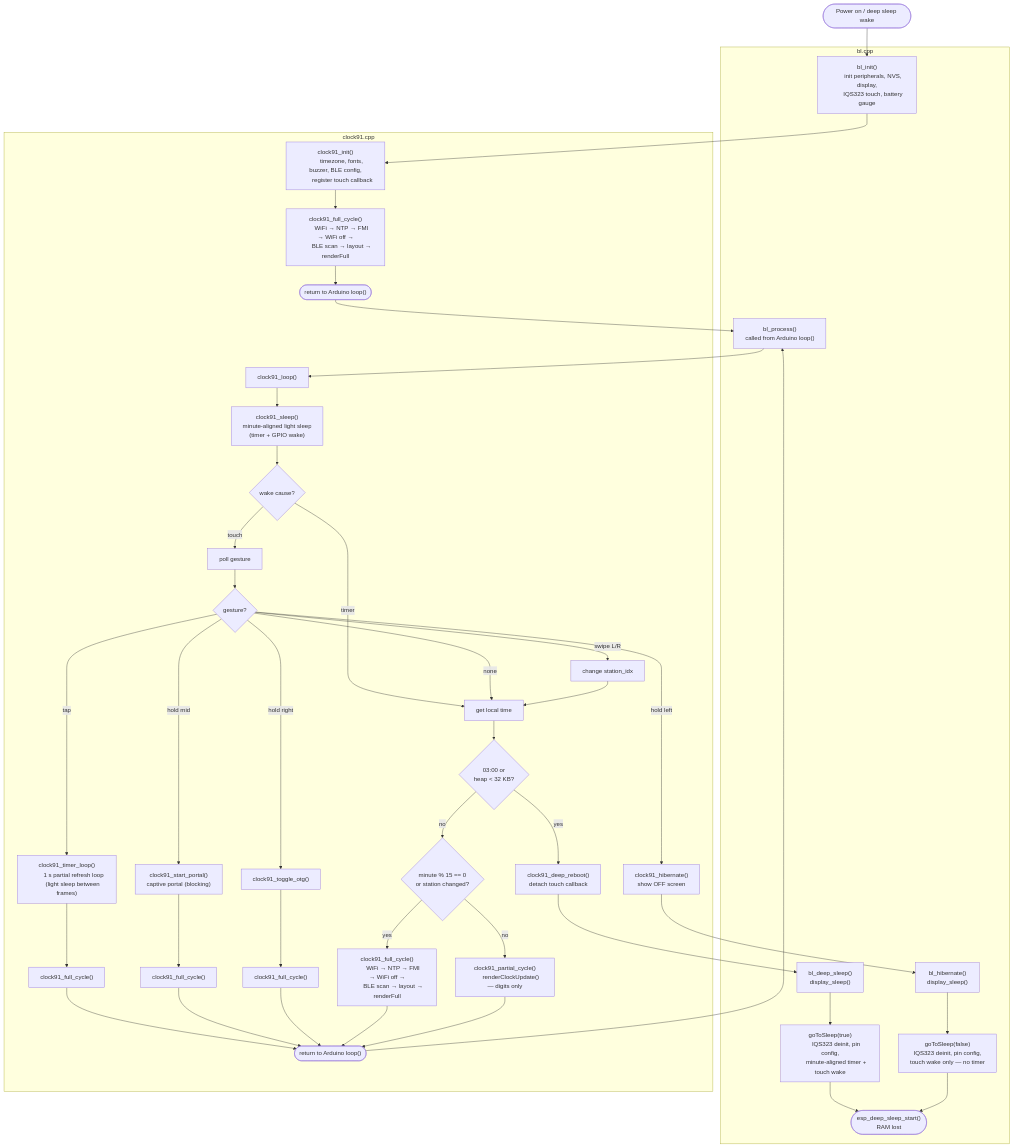
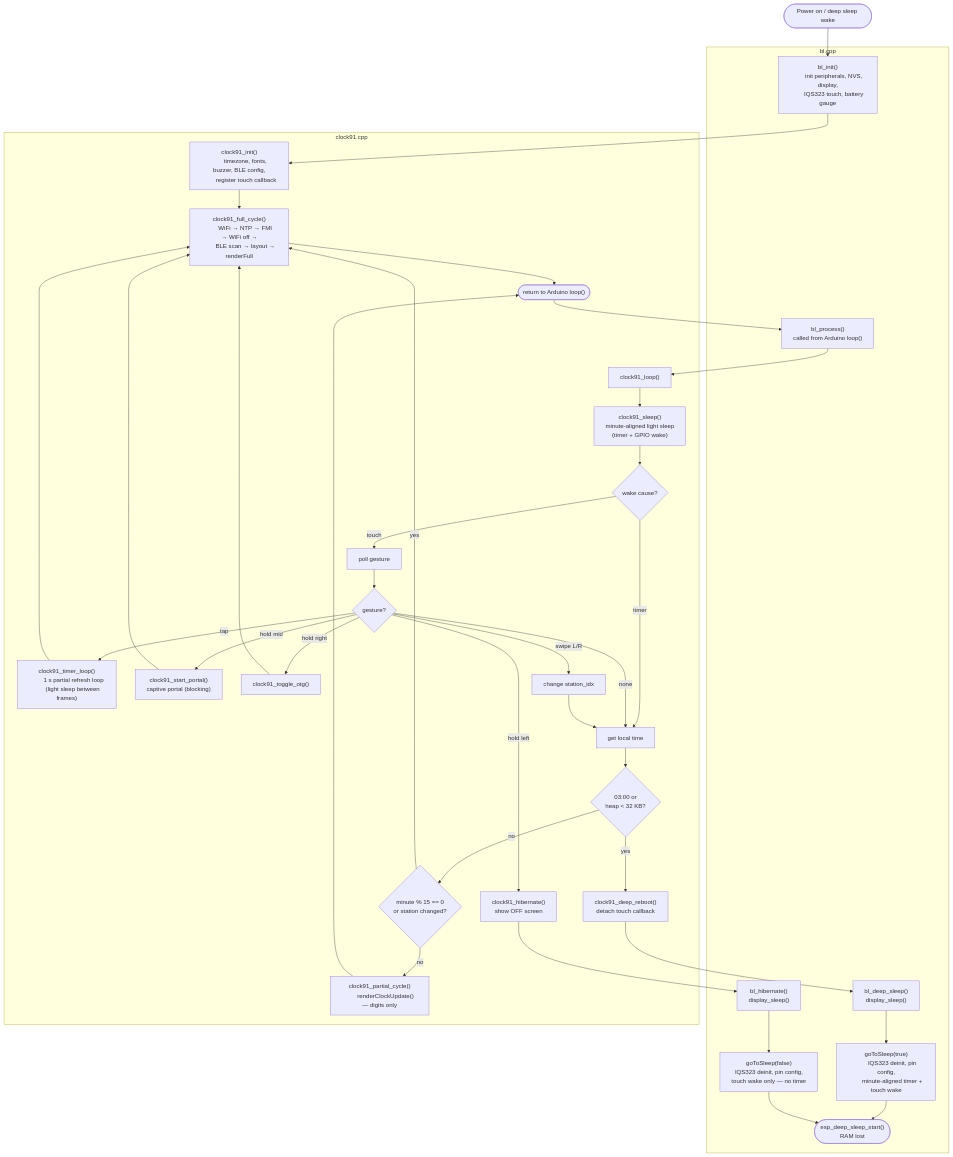
Before and after one commit to mikklepp/trmnl-firmware: the diagram in README.clock91.md, drawn with Mermaid.

Commit message:
Simplify flow diagram: single clock91_full_cycle node
Multiple callers (init, timer, portal, OTG, 15-min cycle) now point
to one node instead of duplicating it four times.

````diff
--- a/README.clock91.md
+++ b/README.clock91.md
@@ -164,10 +164,12 @@
         clock91_init["clock91_init()
         timezone, fonts, buzzer, BLE config,
         register touch callback"]
-        clock91_init --> full_init["clock91_full_cycle()
+        clock91_init --> full_cycle
+
+        full_cycle["clock91_full_cycle()
         WiFi → NTP → FMI → WiFi off →
         BLE scan → layout → renderFull"]
-        full_init --> RETURN_INIT(["return to Arduino loop()"])
+        full_cycle --> RETURN(["return to Arduino loop()"])
 
         clock91_loop["clock91_loop()"]
 
@@ -195,12 +197,9 @@
         handle_gesture -->|"swipe L/R"| station_change["change station_idx"]
         handle_gesture -->|"none"| check_time
 
-        timer_loop --> full_post_timer["clock91_full_cycle()"]
-        full_post_timer --> RETURN_LOOP
-        portal --> full_post_portal["clock91_full_cycle()"]
-        full_post_portal --> RETURN_LOOP
-        otg --> full_post_otg["clock91_full_cycle()"]
-        full_post_otg --> RETURN_LOOP
+        timer_loop --> full_cycle
+        portal --> full_cycle
+        otg --> full_cycle
 
         station_change --> check_time
 
@@ -214,20 +213,16 @@
         %% Normal cycle
         reboot_check -->|"no"| cycle_type{"minute % 15 == 0
         or station changed?"}
-        cycle_type -->|"yes"| full_cycle["clock91_full_cycle()
-        WiFi → NTP → FMI → WiFi off →
-        BLE scan → layout → renderFull"]
+        cycle_type -->|"yes"| full_cycle
         cycle_type -->|"no"| partial_cycle["clock91_partial_cycle()
         renderClockUpdate() — digits only"]
 
-        full_cycle --> RETURN_LOOP(["return to Arduino loop()"])
-        partial_cycle --> RETURN_LOOP
+        partial_cycle --> RETURN
     end
 
     %% Cross-file calls
-    RETURN_INIT --> bl_process
+    RETURN --> bl_process
     bl_process --> clock91_loop
-    RETURN_LOOP --> bl_process
     hibernate_fn --> bl_hibernate
     deep_reboot --> bl_deep_sleep
 ```
````
